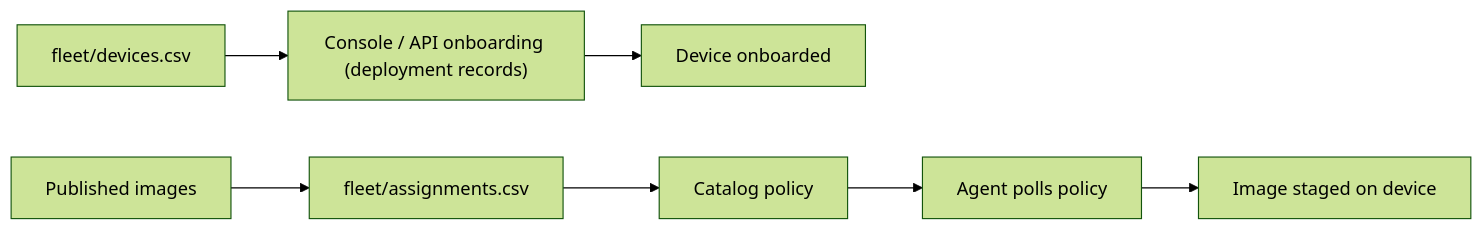
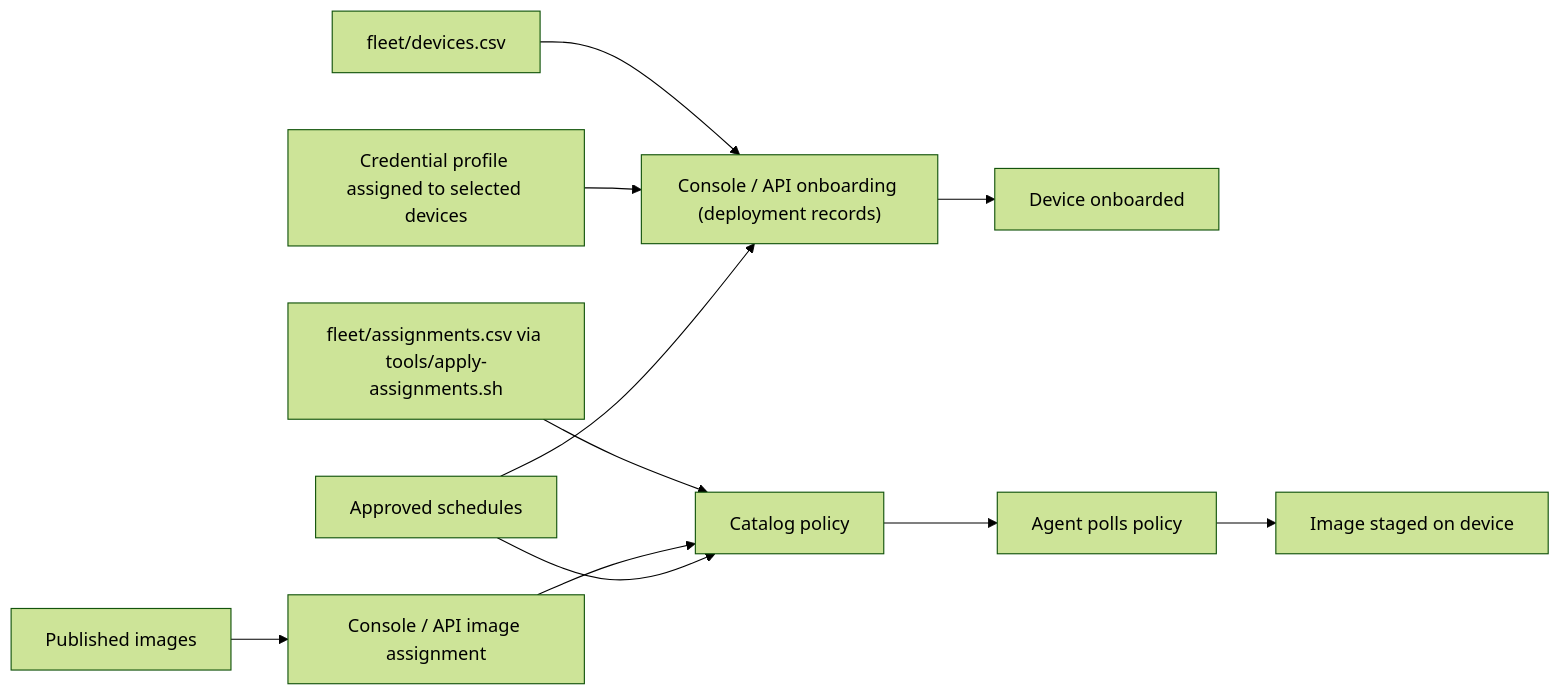
One commit to cisco-open/intelligent-release-image-staging changed the diagram in docs/zensical/fleet-workflows.md. Above: the diagram before and after it, drawn with Mermaid (forest theme). The commit also changed other lines of this file and 14 other files, not shown here.

````diff
--- a/docs/zensical/fleet-workflows.md
+++ b/docs/zensical/fleet-workflows.md
@@ -294,9 +297,13 @@
 ```mermaid
 flowchart LR
     Inventory["fleet/devices.csv"] --> Console["Console / API onboarding (deployment records)"]
+    Credentials["Credential profile assigned to selected devices"] --> Console
     Console --> Device["Device onboarded"]
-    Images["Published images"] --> Assignments["fleet/assignments.csv"]
+    Images["Published images"] --> Assignments["Console / API image assignment"]
+    CSV["fleet/assignments.csv via tools/apply-assignments.sh"] --> Policy
     Assignments --> Policy["Catalog policy"]
+    Schedules["Approved schedules"] --> Console
+    Schedules --> Policy
     Policy --> Agent["Agent polls policy"]
     Agent --> Stage["Image staged on device"]
 ```
````
